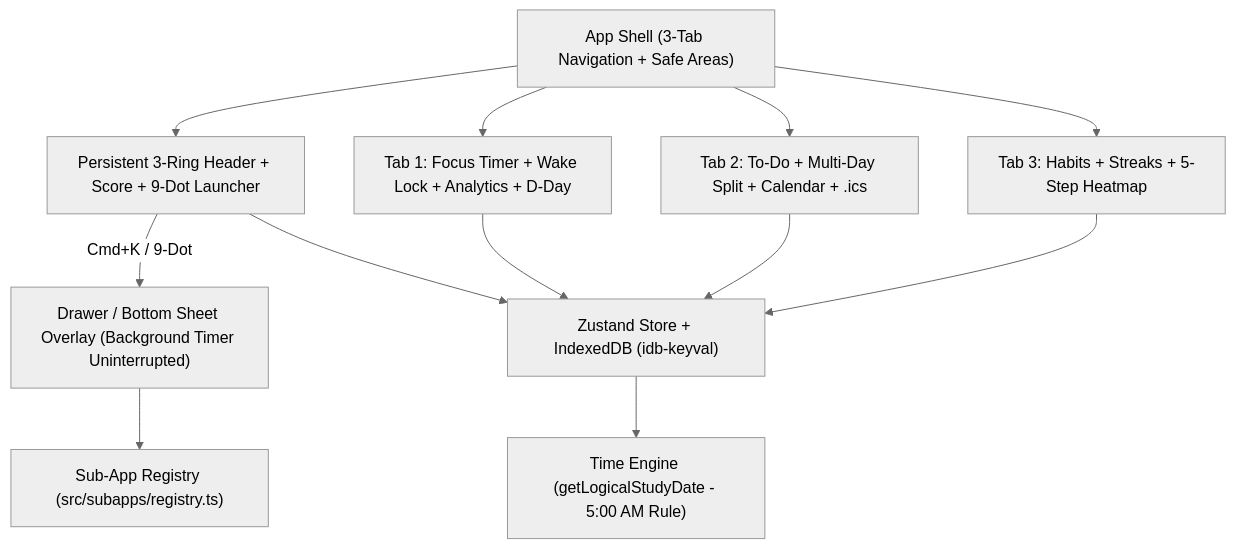
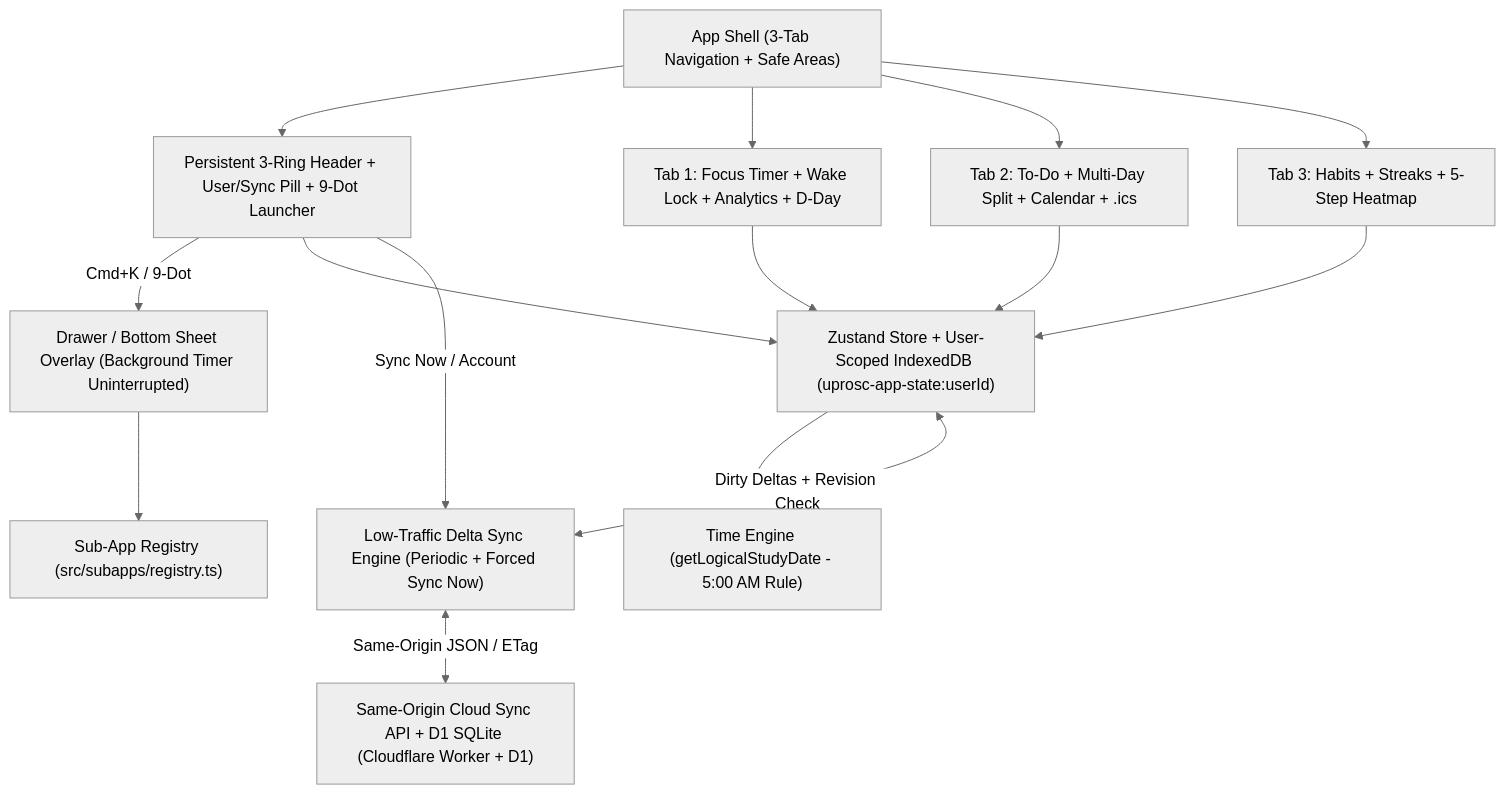
Before and after one commit to ambushkarenge/UProSC: the diagram in PLAN.md, drawn with Mermaid (neutral theme). The commit also changed other lines of this file and 28 other files, not shown here.

Commit message:
Phase 3B: add multi-user isolated persistence, delta sync engine, and Cloudflare Worker + D1 API

````diff
--- a/PLAN.md
+++ b/PLAN.md
@@ -24,24 +26,29 @@
 ```mermaid
 flowchart TD
     Shell["App Shell (3-Tab Navigation + Safe Areas)"]
-    Header["Persistent 3-Ring Header + Score + 9-Dot Launcher"]
-    Store["Zustand Store + IndexedDB (idb-keyval)"]
+    Header["Persistent 3-Ring Header + User/Sync Pill + 9-Dot Launcher"]
+    Store["Zustand Store + User-Scoped IndexedDB (uprosc-app-state:userId)"]
+    Sync["Low-Traffic Delta Sync Engine (Periodic + Forced Sync Now)"]
+    Cloud["Same-Origin Cloud Sync API + D1 SQLite (Cloudflare Worker + D1)"]
     Time["Time Engine (getLogicalStudyDate - 5:00 AM Rule)"]
     Tab1["Tab 1: Focus Timer + Wake Lock + Analytics + D-Day"]
     Tab2["Tab 2: To-Do + Multi-Day Split + Calendar + .ics"]
     Tab3["Tab 3: Habits + Streaks + 5-Step Heatmap"]
     Registry["Sub-App Registry (src/subapps/registry.ts)"]
     Drawer["Drawer / Bottom Sheet Overlay (Background Timer Uninterrupted)"]
 
     Shell --> Header
     Shell --> Tab1
     Shell --> Tab2
     Shell --> Tab3
     Header -->|"Cmd+K / 9-Dot"| Drawer
     Drawer --> Registry
     Header --> Store
+    Header -->|"Sync Now / Account"| Sync
     Tab1 --> Store
     Tab2 --> Store
     Tab3 --> Store
     Store --> Time
+    Store <-->|"Dirty Deltas + Revision Check"| Sync
+    Sync <-->|"Same-Origin JSON / ETag"| Cloud
 ```
````
